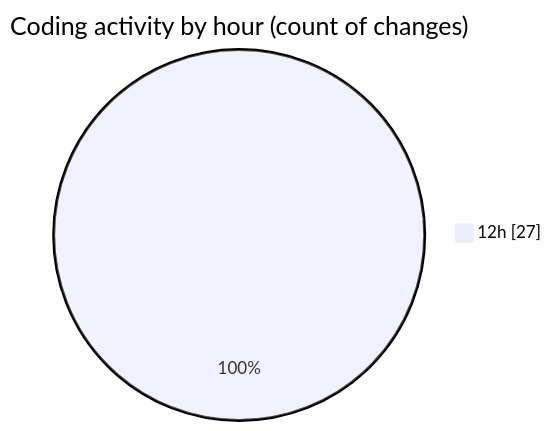
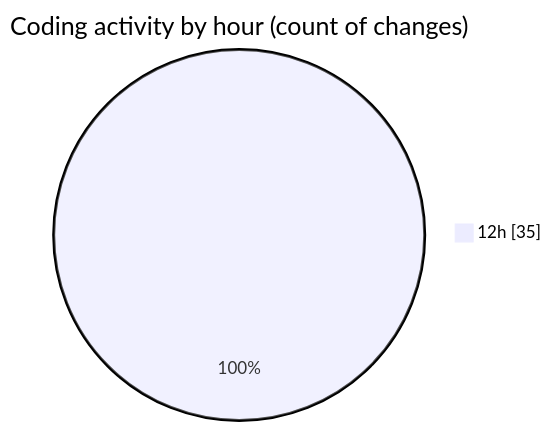
The second of 2 diagrams in 2025-07-19/eduwallet-main/README.md (lephambinh05/code-tracking), drawn with Mermaid before and after one commit. The commit also changed other lines of this file and 1 other file, not shown here.

````diff
--- a/2025-07-19/eduwallet-main/README.md
+++ b/2025-07-19/eduwallet-main/README.md
@@ -42,5 +49,5 @@
 ```mermaid
 pie showData
 title Coding activity by hour (count of changes)
-"12h" : 27
+"12h" : 35
 ```
````
